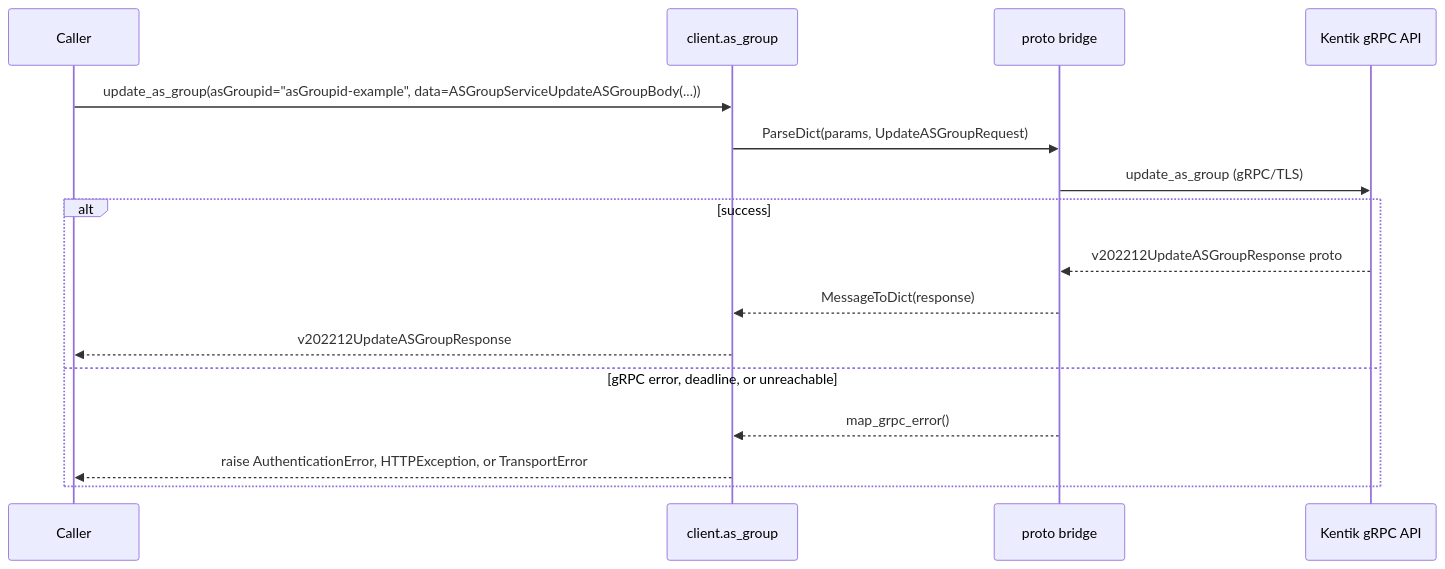
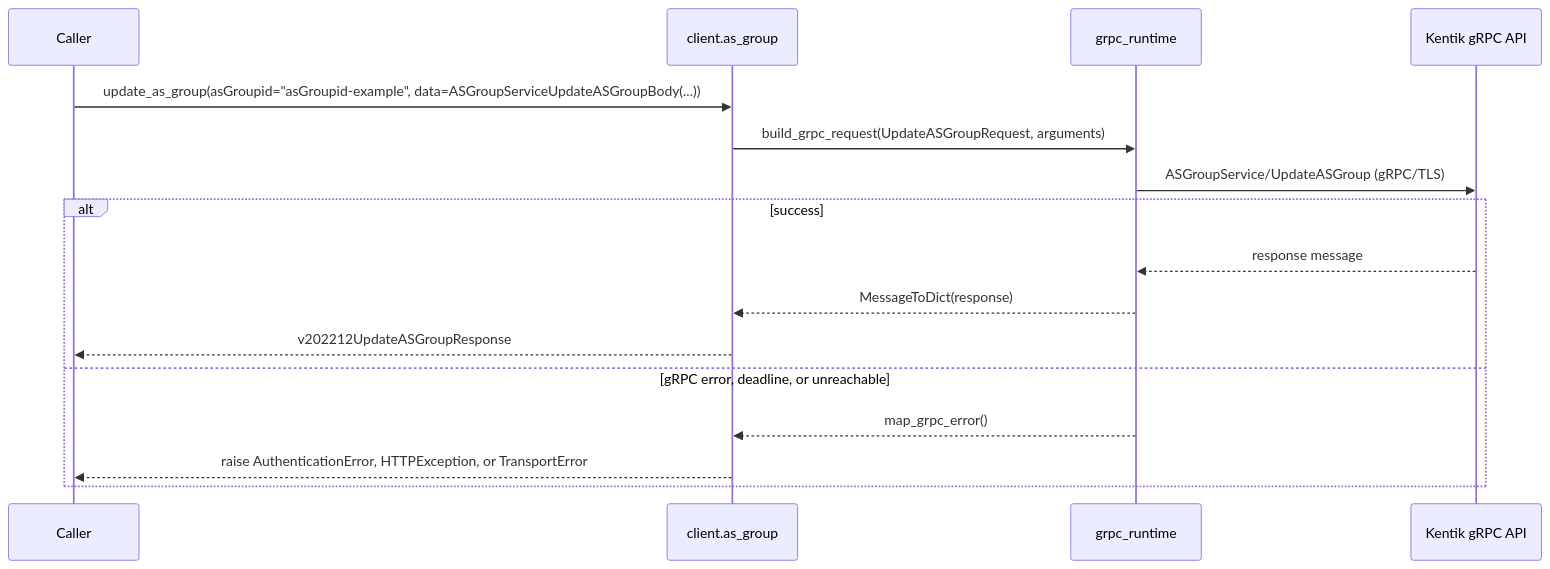
One commit to alexdearaujo/community_sdk_python changed the ninth of 12 diagrams in docs/sphinx/services/as_group.md. Above: the diagram before and after it, drawn with Mermaid. The commit also changed other lines of this file and 37 other files, not shown here.

First line of the commit message:
docs: show the real RPC in each service page's gRPC diagram

````diff
--- a/docs/sphinx/services/as_group.md
+++ b/docs/sphinx/services/as_group.md
@@ -279,19 +279,19 @@
 ```mermaid
 sequenceDiagram
     participant C as Caller
     participant W as client.as_group
-    participant B as proto bridge
+    participant R as grpc_runtime
     participant API as Kentik gRPC API
 
     C->>W: update_as_group(asGroupid="asGroupid-example", data=ASGroupServiceUpdateASGroupBody(...))
-    W->>B: ParseDict(params, UpdateASGroupRequest)
-    B->>API: update_as_group (gRPC/TLS)
+    W->>R: build_grpc_request(UpdateASGroupRequest, arguments)
+    R->>API: ASGroupService/UpdateASGroup (gRPC/TLS)
     alt success
-        API-->>B: v202212UpdateASGroupResponse proto
-        B-->>W: MessageToDict(response)
+        API-->>R: response message
+        R-->>W: MessageToDict(response)
         W-->>C: v202212UpdateASGroupResponse
     else gRPC error, deadline, or unreachable
-        B-->>W: map_grpc_error()
+        R-->>W: map_grpc_error()
         W-->>C: raise AuthenticationError, HTTPException, or TransportError
     end
 ```
````
